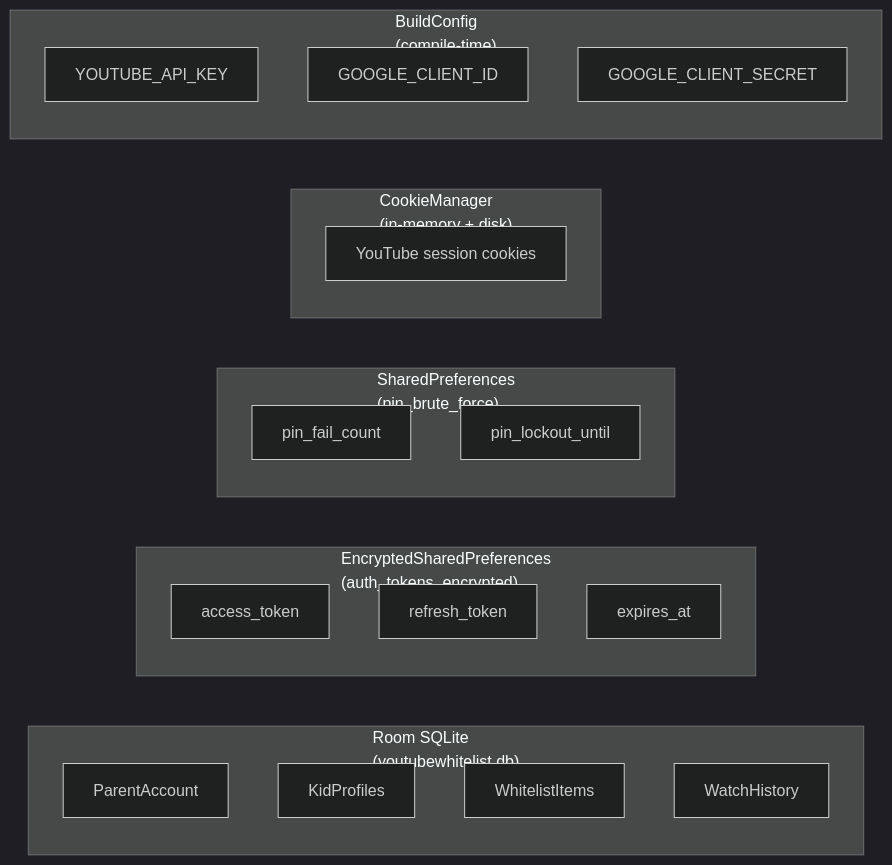
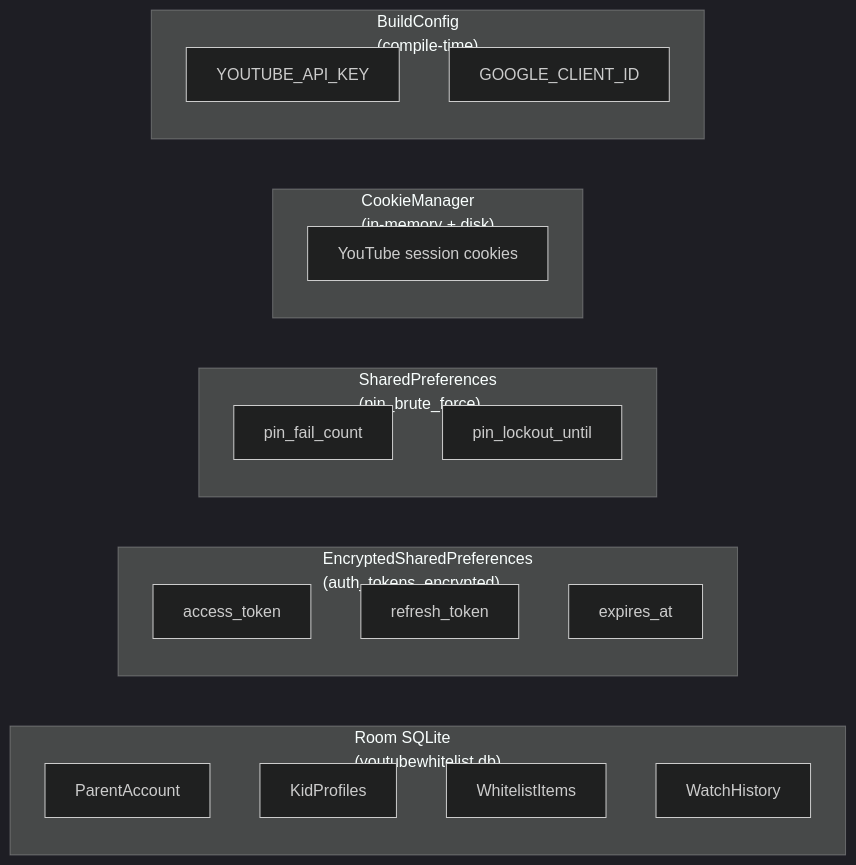
The sixth of 8 diagrams in docs/HLD.md (degipe/YouTubeWhitelist), drawn with Mermaid (dark theme) before and after one commit. The commit also changed 8 other files, not shown here.

Commit message:
docs: disclose Invidious in privacy policy, fix OAuth/PKCE wording, mark deferred features, drop stale client-secret refs

````diff
--- a/docs/HLD.md
+++ b/docs/HLD.md
@@ -311,30 +311,29 @@
 ```mermaid
 flowchart LR
     subgraph Room["Room SQLite<br/>(youtubewhitelist.db)"]
         E1[ParentAccount]
         E2[KidProfiles]
         E3[WhitelistItems]
         E4[WatchHistory]
     end
 
     subgraph ESP["EncryptedSharedPreferences<br/>(auth_tokens_encrypted)"]
         T1[access_token]
         T2[refresh_token]
         T3[expires_at]
     end
 
     subgraph SP["SharedPreferences<br/>(pin_brute_force)"]
         B1[pin_fail_count]
         B2[pin_lockout_until]
     end
 
     subgraph CM["CookieManager<br/>(in-memory + disk)"]
         C1[YouTube session cookies]
     end
 
     subgraph BC["BuildConfig<br/>(compile-time)"]
         K1[YOUTUBE_API_KEY]
         K2[GOOGLE_CLIENT_ID]
-        K3[GOOGLE_CLIENT_SECRET]
     end
 ```
````
